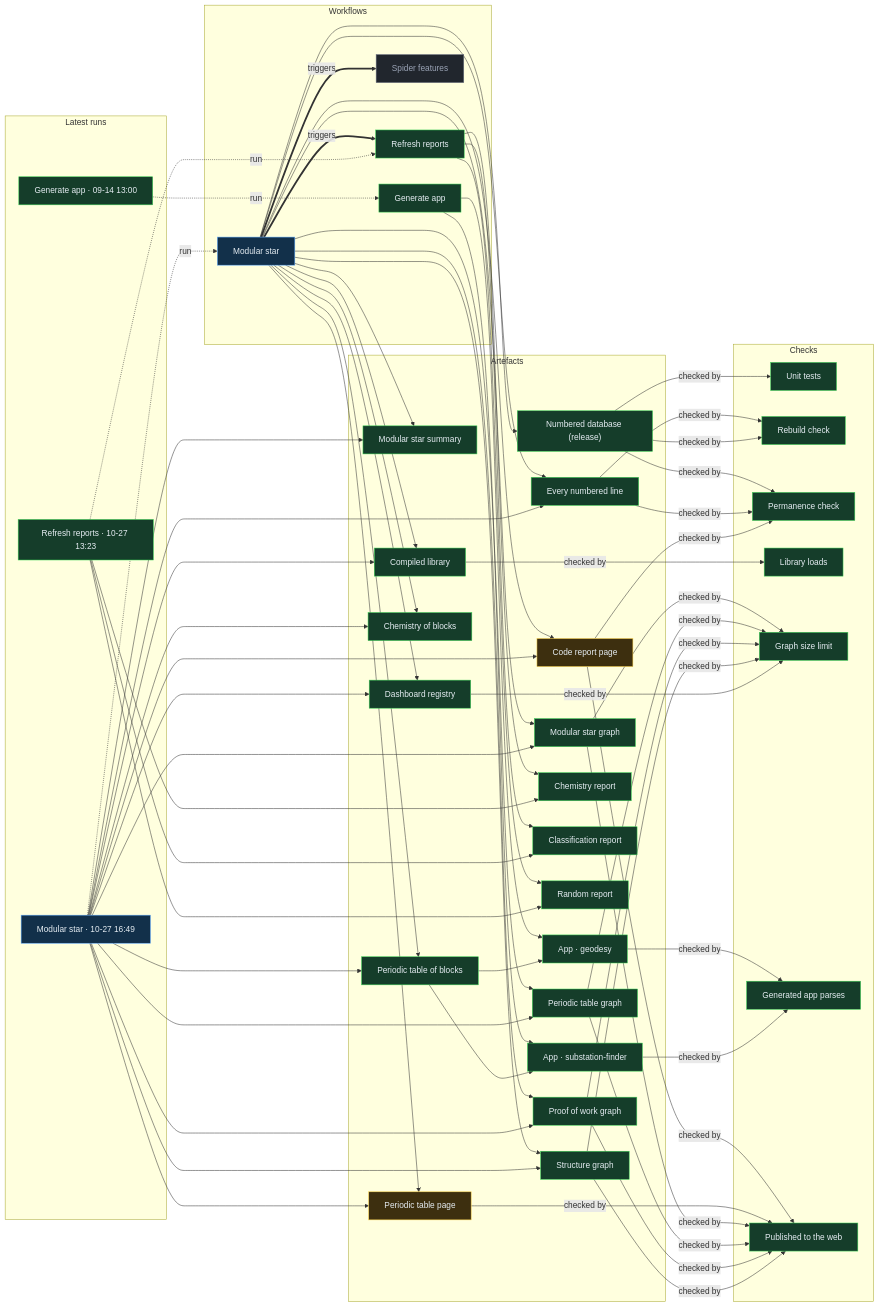
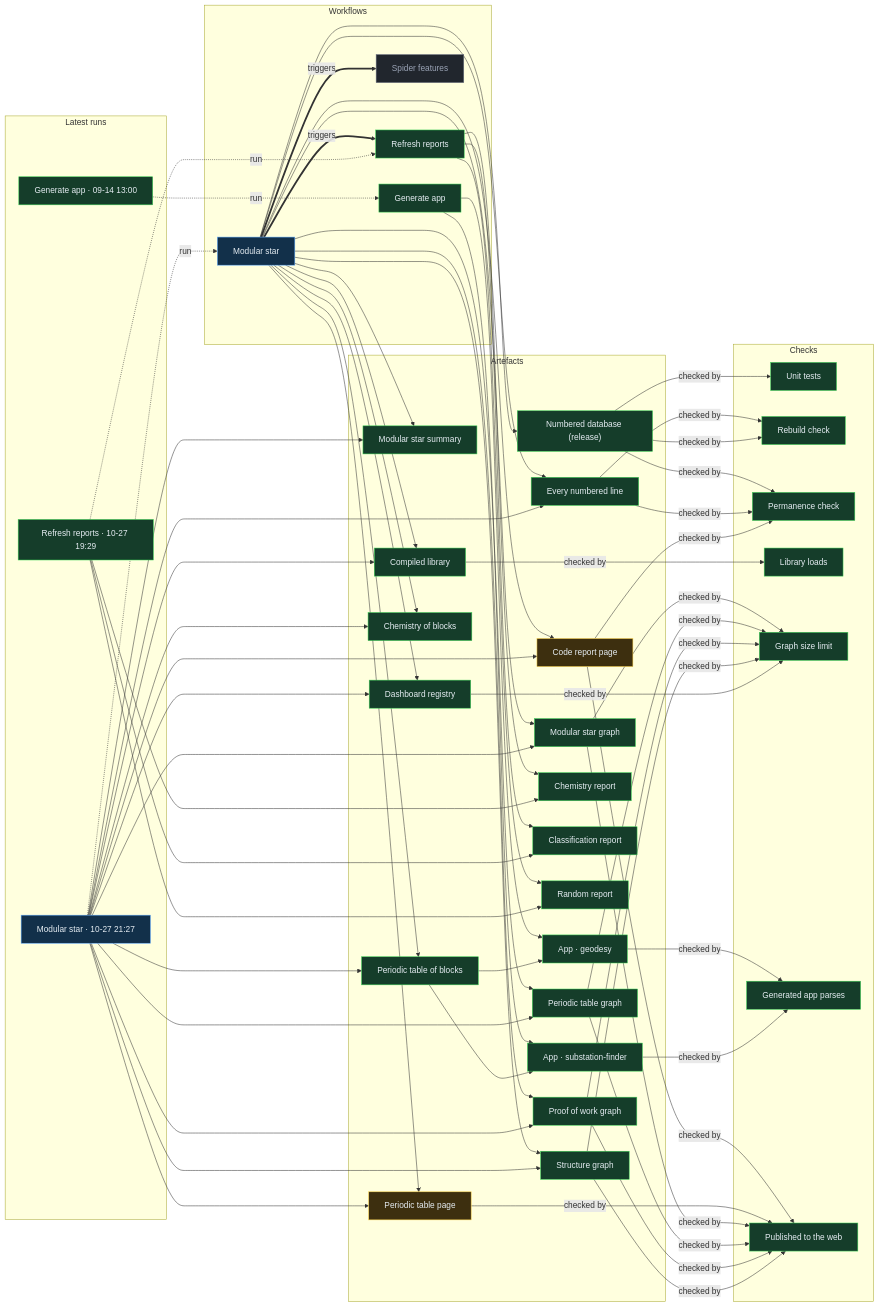
The diagram in proof/PROOF.md (Ventusltd/stars), drawn with Mermaid before and after one commit. The commit also changed other lines of this file and 132 other files, not shown here.

Commit message:
Modular star 2026-10-27T21:29Z

```diff
--- a/proof/PROOF.md
+++ b/proof/PROOF.md
@@ -24,8 +24,8 @@
   n_wf_spider_features["Spider features"]:::off
   end
   subgraph g_runs["Latest runs"]
-  n_run_40544734177["Modular star · 10-27 16:49"]:::live
-  n_run_40511687173["Refresh reports · 10-27 13:23"]:::ok
+  n_run_40586952849["Modular star · 10-27 21:27"]:::live
+  n_run_40569593533["Refresh reports · 10-27 19:29"]:::ok
   n_run_34846587798["Generate app · 09-14 13:00"]:::ok
   end
   subgraph g_artefacts["Artefacts"]
@@ -59,39 +59,39 @@
   end
   n_wf_modular_star == triggers ==> n_wf_refresh
   n_wf_modular_star == triggers ==> n_wf_spider_features
-  n_run_40544734177 -. run .-> n_wf_modular_star
-  n_run_40511687173 -. run .-> n_wf_refresh
+  n_run_40586952849 -. run .-> n_wf_modular_star
+  n_run_40569593533 -. run .-> n_wf_refresh
   n_run_34846587798 -. run .-> n_wf_generate
   n_wf_modular_star --> n_art_summary
-  n_run_40544734177 --> n_art_summary
+  n_run_40586952849 --> n_art_summary
   n_wf_modular_star --> n_art_lines
-  n_run_40544734177 --> n_art_lines
+  n_run_40586952849 --> n_art_lines
   n_wf_modular_star --> n_art_code
-  n_run_40544734177 --> n_art_code
+  n_run_40586952849 --> n_art_code
   n_wf_modular_star --> n_art_modular_graph
-  n_run_40544734177 --> n_art_modular_graph
+  n_run_40586952849 --> n_art_modular_graph
   n_wf_modular_star --> n_art_blocks
-  n_run_40544734177 --> n_art_blocks
+  n_run_40586952849 --> n_art_blocks
   n_wf_modular_star --> n_art_table
-  n_run_40544734177 --> n_art_table
+  n_run_40586952849 --> n_art_table
   n_wf_modular_star --> n_art_blocks_graph
-  n_run_40544734177 --> n_art_blocks_graph
+  n_run_40586952849 --> n_art_blocks_graph
   n_wf_modular_star --> n_art_reactions
-  n_run_40544734177 --> n_art_reactions
+  n_run_40586952849 --> n_art_reactions
   n_wf_modular_star --> n_art_library
-  n_run_40544734177 --> n_art_library
+  n_run_40586952849 --> n_art_library
   n_wf_modular_star --> n_art_features
-  n_run_40544734177 --> n_art_features
+  n_run_40586952849 --> n_art_features
   n_wf_modular_star --> n_art_proof
-  n_run_40544734177 --> n_art_proof
+  n_run_40586952849 --> n_art_proof
   n_wf_modular_star --> n_art_structure
-  n_run_40544734177 --> n_art_structure
+  n_run_40586952849 --> n_art_structure
   n_wf_refresh --> n_art_chemistry
-  n_run_40511687173 --> n_art_chemistry
+  n_run_40569593533 --> n_art_chemistry
   n_wf_refresh --> n_art_vedic
-  n_run_40511687173 --> n_art_vedic
+  n_run_40569593533 --> n_art_vedic
   n_wf_refresh --> n_art_random
-  n_run_40511687173 --> n_art_random
+  n_run_40569593533 --> n_art_random
   n_wf_modular_star --> n_art_release
   n_wf_generate --> n_app_geodesy
   n_art_blocks --> n_app_geodesy
```
